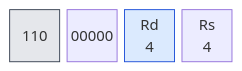
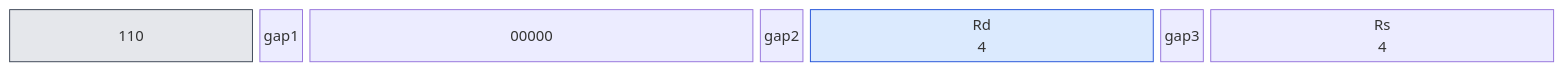
One commit to olfp/Deep16 changed the fifth of 32 diagrams in book/kap03.md. Above: the diagram before and after it, drawn with Mermaid. The commit also changed other lines of this file and 1 other file, not shown here.

Commit message:
book(kap03): Weitere Befehlsdiagramme auf 31-Spalten-Layout umgestellt

````diff
--- a/book/kap03.md
+++ b/book/kap03.md
@@ -214,16 +214,19 @@
 ```mermaid
 block-beta
-  columns 4
+  columns 31
   classDef op fill:#e5e7eb,stroke:#374151
   classDef reg fill:#dbeafe,stroke:#1d4ed8
   classDef imm fill:#fef3c7,stroke:#b45309
   classDef off fill:#dcfce7,stroke:#15803d
   classDef seg fill:#ede9fe,stroke:#6d28d9
   classDef all fill:#fee2e2,stroke:#b91c1c
-  b0["110"]:1
-  b1["00000"]:1
-  b2["Rd<br/>4"]:1
-  b3["Rs<br/>4"]:1
+  b0["110"]:5
+  gap1:1
+  b1["00000"]:9
+  gap2:1
+  b2["Rd<br/>4"]:7
+  gap3:1
+  b3["Rs<br/>4"]:7
   class b0 b1 op
   class b2 b3 reg
 ```
````
